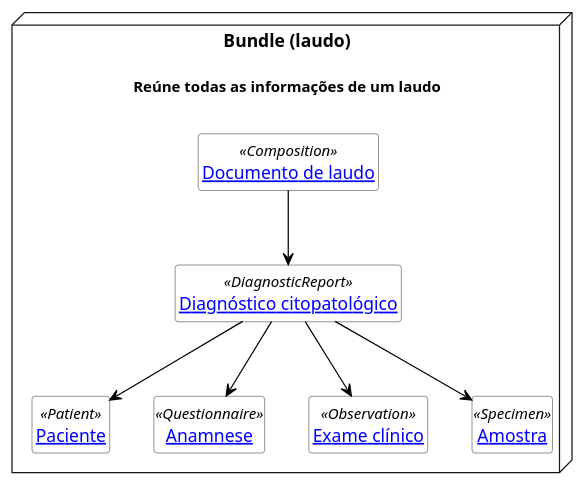
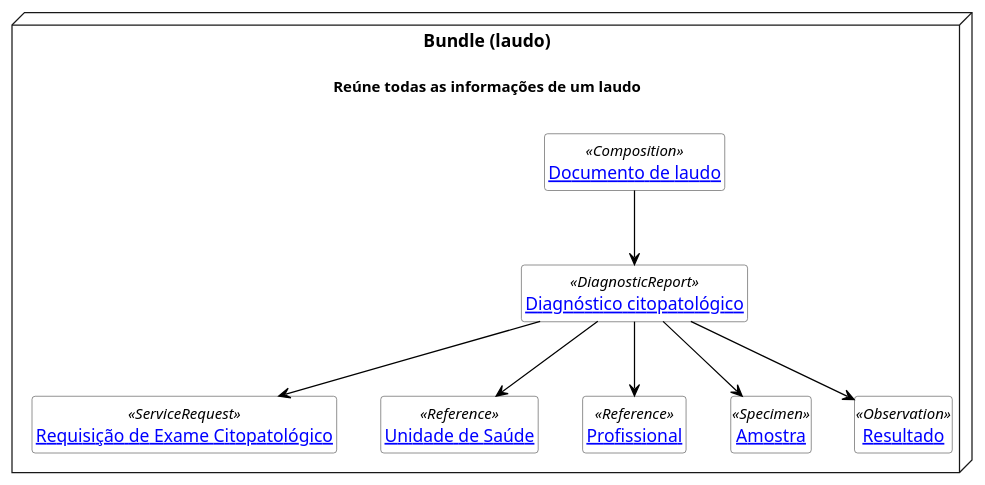
The diagram in input/images-source/bundle-laudo.plantuml (kyriosdata/farol), drawn with PlantUML before and after one commit. The commit also changed 1 other file, not shown here.

```diff
--- a/input/images-source/bundle-laudo.plantuml
+++ b/input/images-source/bundle-laudo.plantuml
@@ -1,30 +1,32 @@
 @startuml bundle-laudo
 
 skinparam packagestyle rectangle 
 
 hide circle
 hide methods
 hide empty members
 
 skinparam class {
     BackgroundColor White
     ArrowColor Black
     BorderColor #505050
 }
 
 package "Bundle (laudo)\n\n<size:12>Reúne todas as informações de um laudo\n" <<Node>> { 
     class Composition as "[[StructureDefinition-documento-laudo.html Documento de laudo]]" <<Composition>>
     class DiagnosticReport as "[[StructureDefinition-diagnostico-citopatologico.html Diagnóstico citopatológico]]" <<DiagnosticReport>>
-    class Paciente as "[[StructureDefinition-paciente.html Paciente]]" <<Patient>>
-    class Anamnese as "[[Questionnaire-anamnese-exame-citopatologico.html Anamnese]]" <<Questionnaire>>
-    class Exame as "[[StructureDefinition-exame-clinico.html Exame clínico]]" <<Observation>>
+    class RequisicaoExameCitopatologico as "[[StructureDefinition-requisicao-exame-citopatologico.html Requisição de Exame Citopatológico]]" <<ServiceRequest>>
+    class ReferenciaUnidadeDeSaude as "[[StructureDefinition-referencia-unidade-de-saude.html Unidade de Saúde]]" <<Reference>>
+    class ReferenciaProfissional as "[[StructureDefinition-referencia-profissional.html Profissional]]" <<Reference>>
     class Amostra as "[[StructureDefinition-amostra.html Amostra]]" <<Specimen>>
+    class ComponentesLaudoCitopatologico as "[[StructureDefinition-componentes-laudo-citopatologico.html Resultado]]" <<Observation>>
     Composition --> DiagnosticReport
-    DiagnosticReport --> Paciente
-    DiagnosticReport --> Anamnese
-    DiagnosticReport --> Exame
+    DiagnosticReport --> RequisicaoExameCitopatologico
+    DiagnosticReport --> ReferenciaUnidadeDeSaude
+    DiagnosticReport --> ReferenciaProfissional
     DiagnosticReport --> Amostra
+    DiagnosticReport --> ComponentesLaudoCitopatologico
     
 }
 
 @enduml
```
